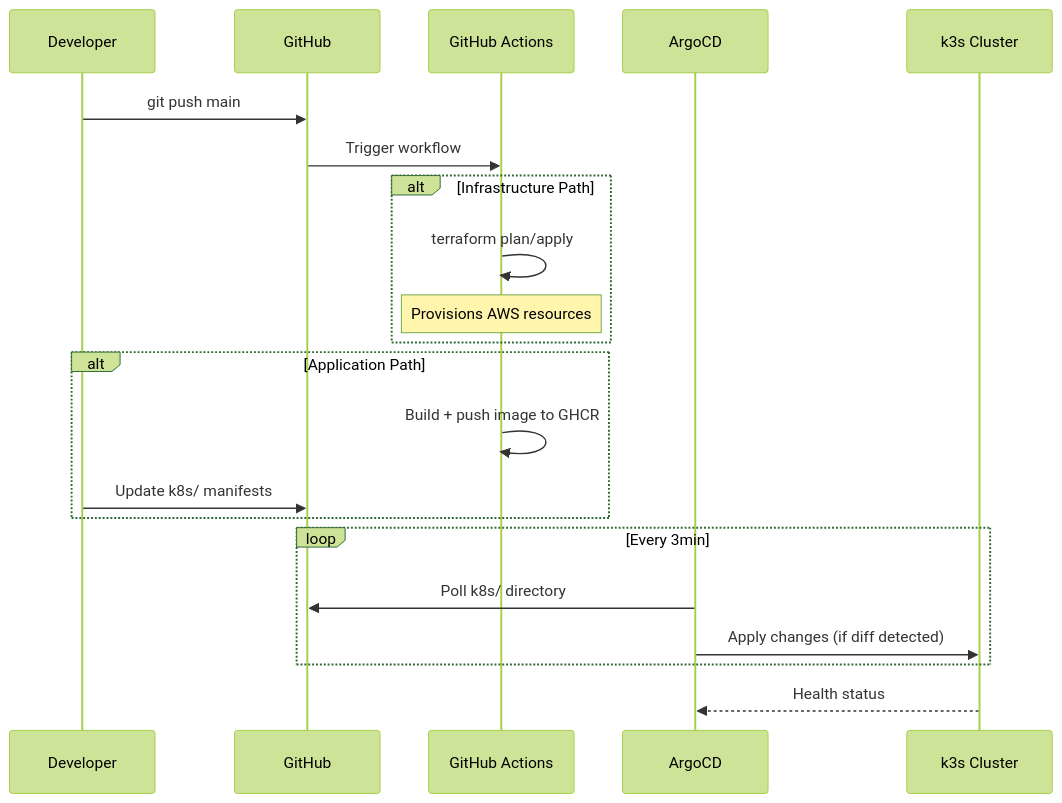
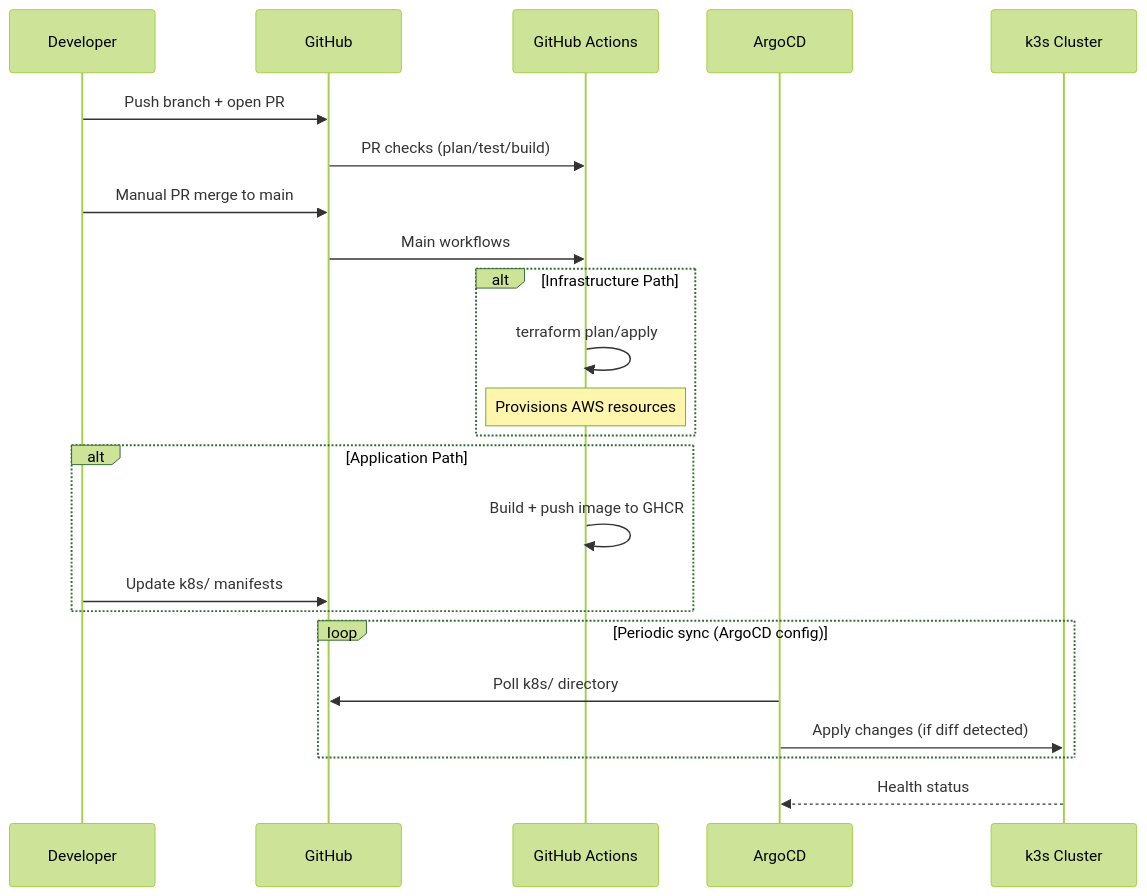
Before and after one commit to ClementV78/CloudRadar: the eighth of 10 diagrams in docs/architecture/technical-architecture-summary.md, drawn with Mermaid (forest theme). The commit also changed other lines of this file and 1 other file, not shown here.

First line of the commit message:
docs(architecture): align technical architecture docs

````diff
--- a/docs/architecture/technical-architecture-summary.md
+++ b/docs/architecture/technical-architecture-summary.md
@@ -341,28 +359,30 @@
 ```mermaid
 sequenceDiagram
     participant Dev as Developer
     participant GH as GitHub
     participant CI as GitHub Actions
     participant ARGO as ArgoCD
     participant K3S as k3s Cluster
 
-    Dev->>GH: git push main
-    GH->>CI: Trigger workflow
+    Dev->>GH: Push branch + open PR
+    GH->>CI: PR checks (plan/test/build)
+    Dev->>GH: Manual PR merge to main
+    GH->>CI: Main workflows
     
     alt Infrastructure Path
         CI->>CI: terraform plan/apply
         Note over CI: Provisions AWS resources
     end
     
     alt Application Path
         CI->>CI: Build + push image to GHCR
         Dev->>GH: Update k8s/ manifests
     end
     
-    loop Every 3min
+    loop Periodic sync (ArgoCD config)
         ARGO->>GH: Poll k8s/ directory
         ARGO->>K3S: Apply changes (if diff detected)
     end
     
     K3S-->>ARGO: Health status
 ```
````
